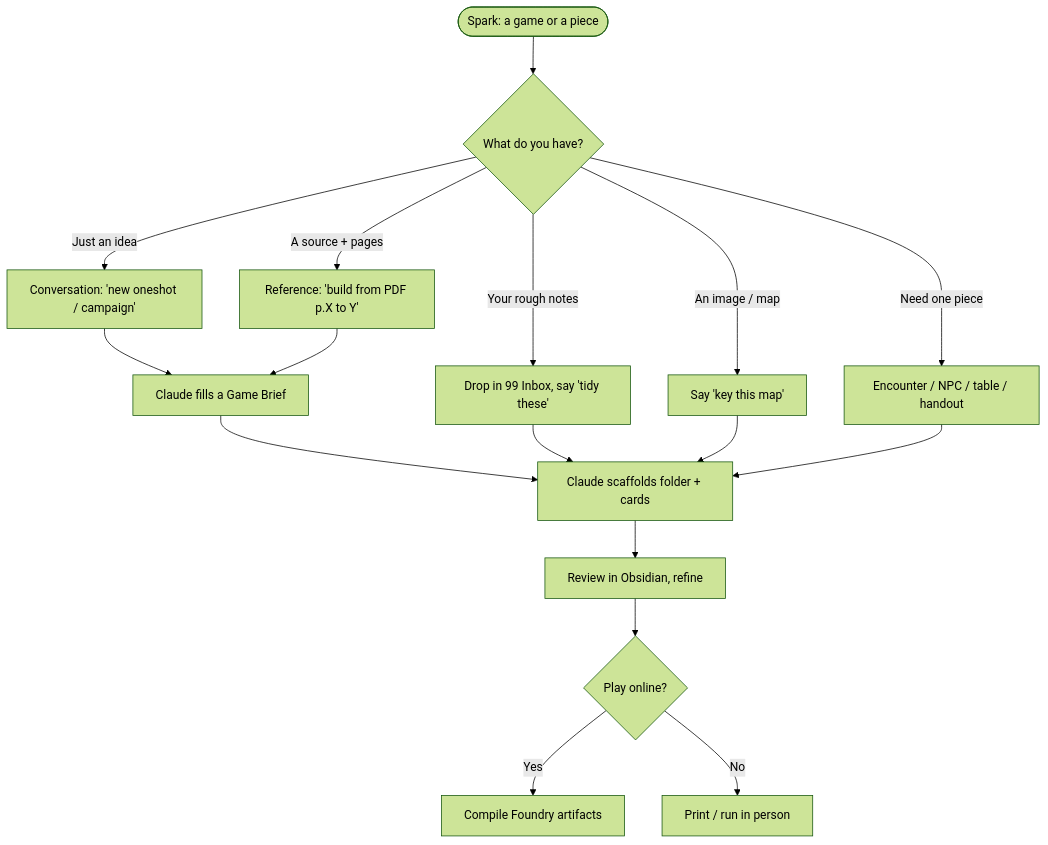
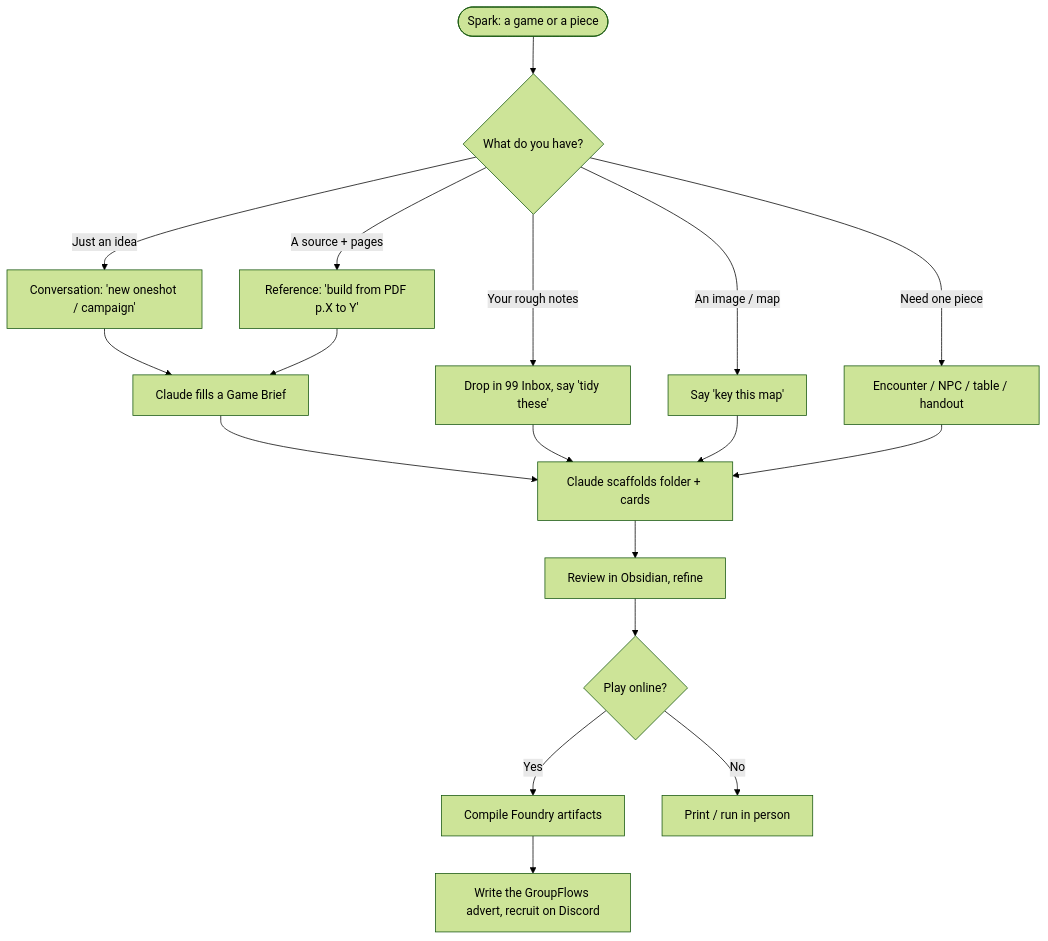
One commit to Moon-Knight13/foundryvtt-docker changed the diagram in examples/vault-skeleton/00 Index/Running a new game.md. Above: the diagram before and after it, drawn with Mermaid (forest theme). The commit also changed other lines of this file and 10 other files, not shown here.

````diff
--- a/examples/vault-skeleton/00 Index/Running a new game.md
+++ b/examples/vault-skeleton/00 Index/Running a new game.md
@@ -14,19 +14,20 @@
 ```mermaid
 flowchart TD
   A([Spark: a game or a piece]) --> B{What do you have?}
   B -->|Just an idea| C[Conversation: 'new oneshot / campaign']
   B -->|A source + pages| D[Reference: 'build from PDF p.X to Y']
   B -->|Your rough notes| E[Drop in 99 Inbox, say 'tidy these']
   B -->|An image / map| F[Say 'key this map']
   B -->|Need one piece| G[Encounter / NPC / table / handout]
   C --> H[Claude fills a Game Brief]
   D --> H
   H --> I[Claude scaffolds folder + cards]
   E --> I
   F --> I
   G --> I
   I --> J[Review in Obsidian, refine]
   J --> K{Play online?}
   K -->|Yes| L[Compile Foundry artifacts]
   K -->|No| M[Print / run in person]
+  L --> N[Write the GroupFlows advert, recruit on Discord]
 ```
````
